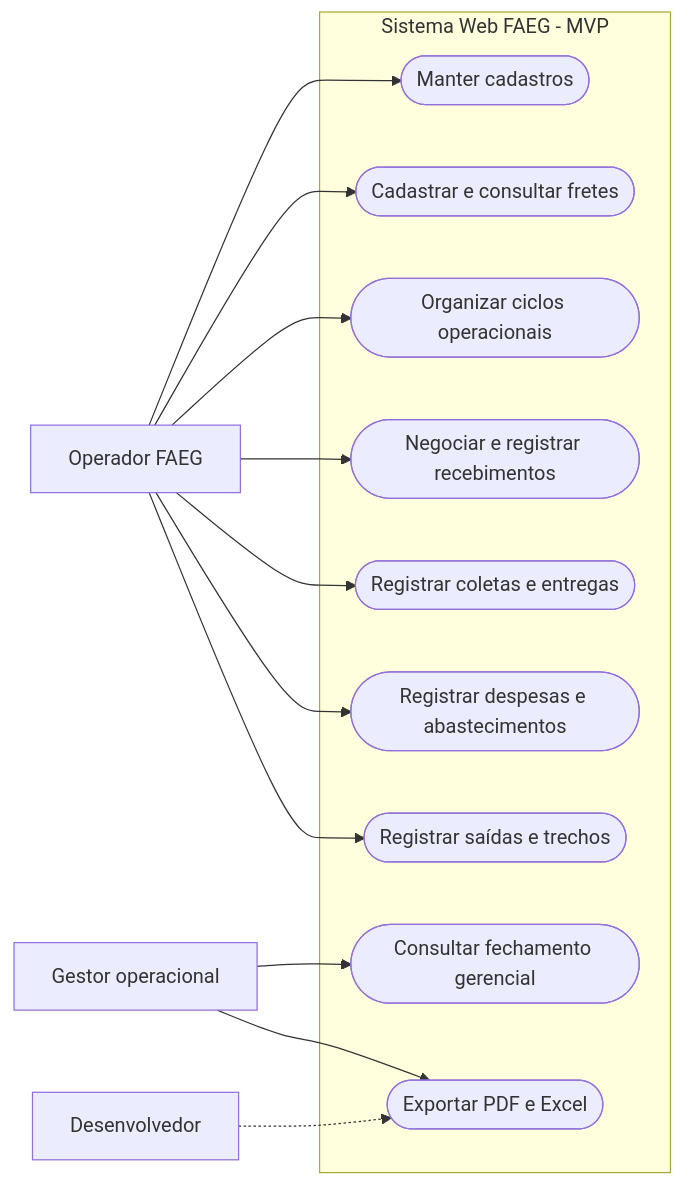
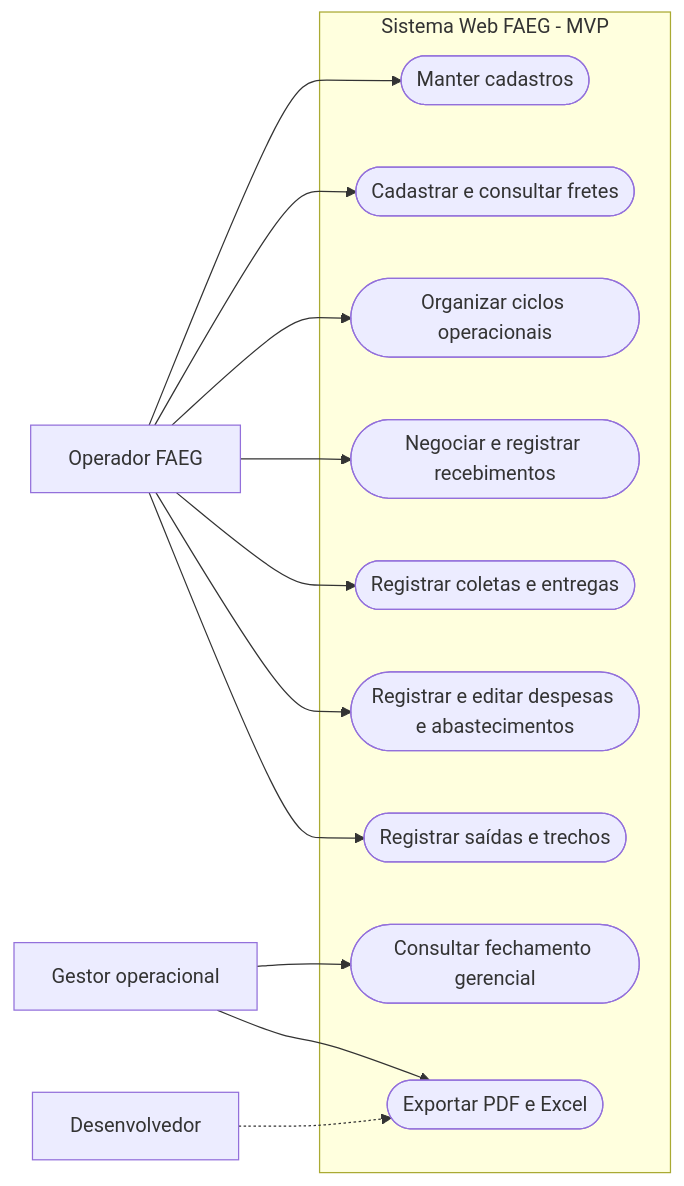
The diagram in docs/diagramas/casos_uso.md (felpontes98/faeg-logistica-app), drawn with Mermaid before and after one commit. The commit also changed 39 other files, not shown here.

Commit message:
Permite editar despesas e atualiza a documentação do MVP

````diff
--- a/docs/diagramas/casos_uso.md
+++ b/docs/diagramas/casos_uso.md
@@ -5,27 +5,27 @@
 ```mermaid
 flowchart LR
     OP["Operador FAEG"]
     GP["Gestor operacional"]
     DV["Desenvolvedor"]
     subgraph SYS["Sistema Web FAEG - MVP"]
         C1(["Manter cadastros"])
         C2(["Cadastrar e consultar fretes"])
         C3(["Organizar ciclos operacionais"])
         C4(["Negociar e registrar recebimentos"])
         C5(["Registrar coletas e entregas"])
-        C6(["Registrar despesas e abastecimentos"])
+        C6(["Registrar e editar despesas e abastecimentos"])
         C7(["Registrar saídas e trechos"])
         C8(["Consultar fechamento gerencial"])
         C9(["Exportar PDF e Excel"])
     end
     OP --> C1
     OP --> C2
     OP --> C3
     OP --> C4
     OP --> C5
     OP --> C6
     OP --> C7
     GP --> C8
     GP --> C9
     DV -.-> C9
 ```
````
